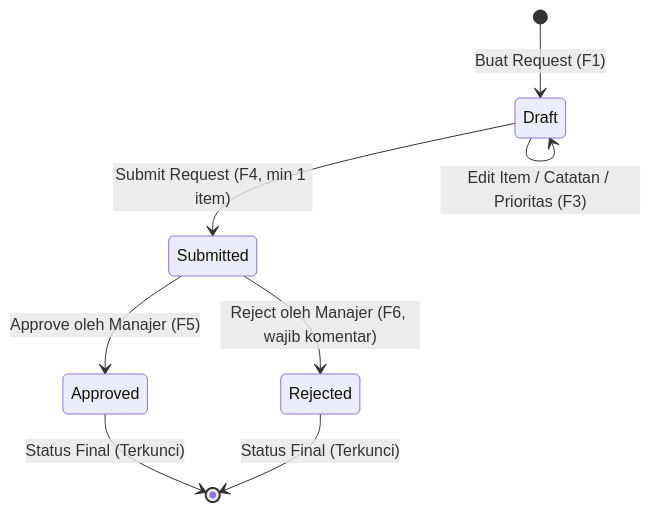
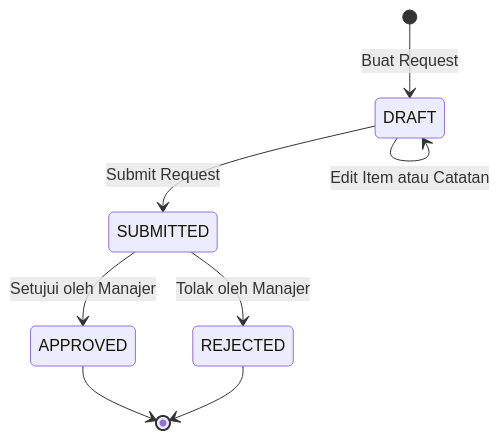
Before and after one commit to farhantock/nawakara-test: the third of 5 diagrams in README.md, drawn with Mermaid. The commit also changed other lines of this file and 8 other files, not shown here.

Commit message:
chore: add architecture documentation and update docker and environment configurations

````diff
--- a/README.md
+++ b/README.md
@@ -52,10 +278,10 @@
 ```mermaid
 stateDiagram-v2
-    [*] --> Draft : Buat Request (F1)
-    Draft --> Draft : Edit Item / Catatan / Prioritas (F3)
-    Draft --> Submitted : Submit Request (F4, min 1 item)
-    Submitted --> Approved : Approve oleh Manajer (F5)
-    Submitted --> Rejected : Reject oleh Manajer (F6, wajib komentar)
-    Approved --> [*] : Status Final (Terkunci)
-    Rejected --> [*] : Status Final (Terkunci)
+    [*] --> DRAFT : Buat Request
+    DRAFT --> DRAFT : Edit Item atau Catatan
+    DRAFT --> SUBMITTED : Submit Request
+    SUBMITTED --> APPROVED : Setujui oleh Manajer
+    SUBMITTED --> REJECTED : Tolak oleh Manajer
+    APPROVED --> [*]
+    REJECTED --> [*]
 ```
````
